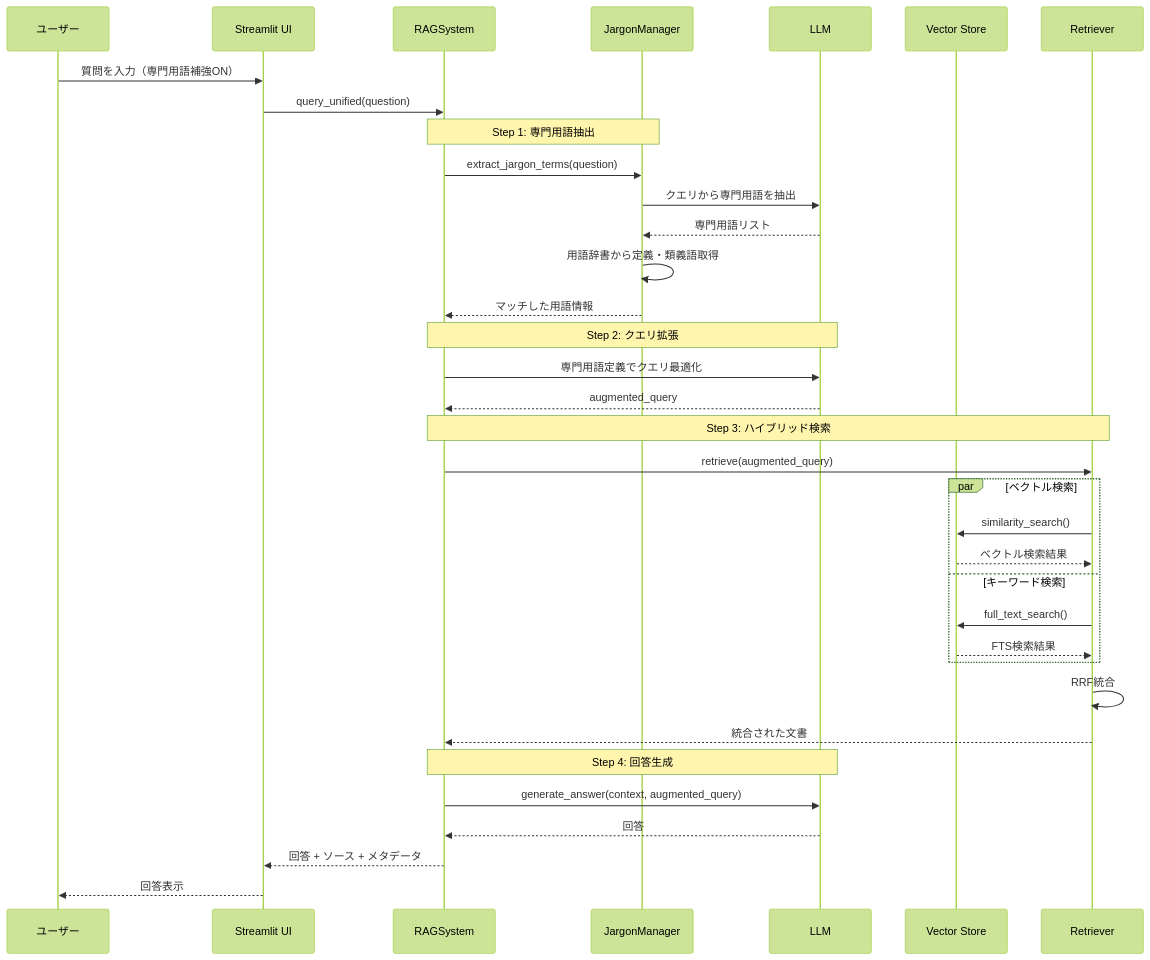
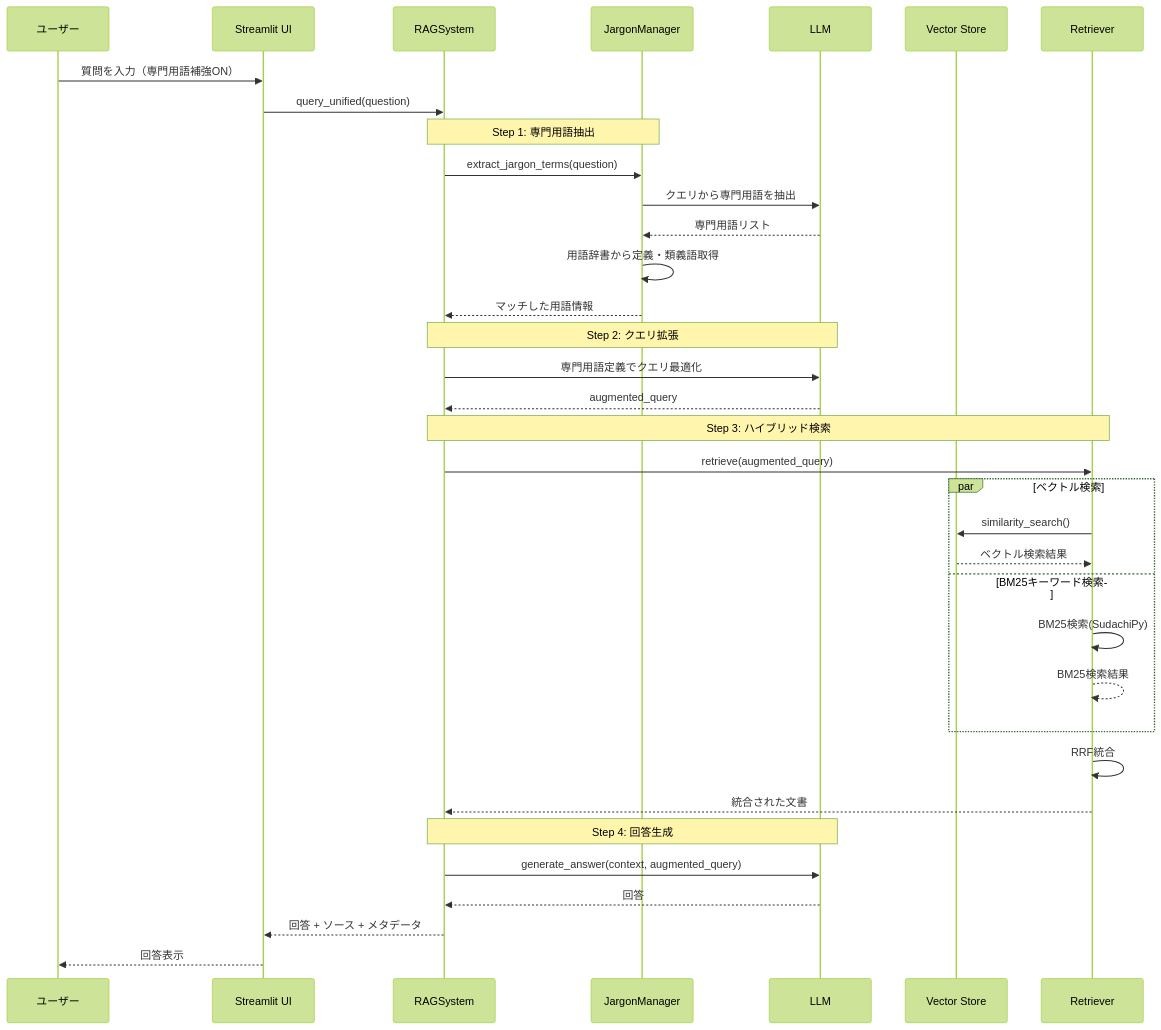
The third of 4 diagrams in README.md (uchi736/advancedrag_llm), drawn with Mermaid (forest theme) before and after one commit. The commit also changed other lines of this file and 7 other files, not shown here.

First line of the commit message:
Switch keyword search from PostgreSQL FTS to BM25 with SudachiPy tokenization

````diff
--- a/README.md
+++ b/README.md
@@ -167,43 +167,43 @@
 ```mermaid
 sequenceDiagram
     participant User as ユーザー
     participant UI as Streamlit UI
     participant RAG as RAGSystem
     participant JM as JargonManager
     participant LLM as LLM
     participant VS as Vector Store
     participant Ret as Retriever
 
     User->>UI: 質問を入力（専門用語補強ON）
     UI->>RAG: query_unified(question)
 
     Note over RAG,JM: Step 1: 専門用語抽出
     RAG->>JM: extract_jargon_terms(question)
     JM->>LLM: クエリから専門用語を抽出
     LLM-->>JM: 専門用語リスト
     JM->>JM: 用語辞書から定義・類義語取得
     JM-->>RAG: マッチした用語情報
 
     Note over RAG,LLM: Step 2: クエリ拡張
     RAG->>LLM: 専門用語定義でクエリ最適化
     LLM-->>RAG: augmented_query
 
     Note over RAG,Ret: Step 3: ハイブリッド検索
     RAG->>Ret: retrieve(augmented_query)
     par ベクトル検索
         Ret->>VS: similarity_search()
         VS-->>Ret: ベクトル検索結果
-    and キーワード検索
-        Ret->>VS: full_text_search()
-        VS-->>Ret: FTS検索結果
+    and BM25キーワード検索
+        Ret->>Ret: BM25検索(SudachiPy)
+        Ret-->>Ret: BM25検索結果
     end
     Ret->>Ret: RRF統合
     Ret-->>RAG: 統合された文書
 
     Note over RAG,LLM: Step 4: 回答生成
     RAG->>LLM: generate_answer(context, augmented_query)
     LLM-->>RAG: 回答
 
     RAG-->>UI: 回答 + ソース + メタデータ
     UI-->>User: 回答表示
 ```
````
